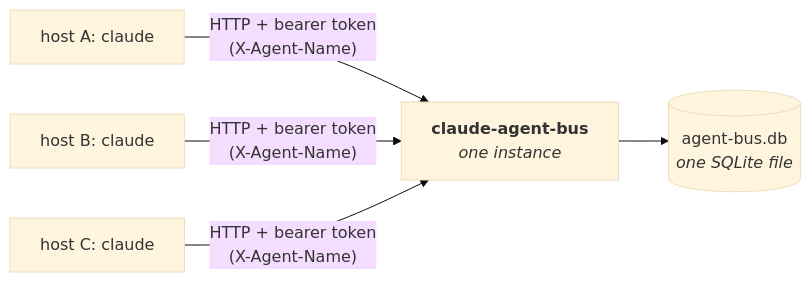
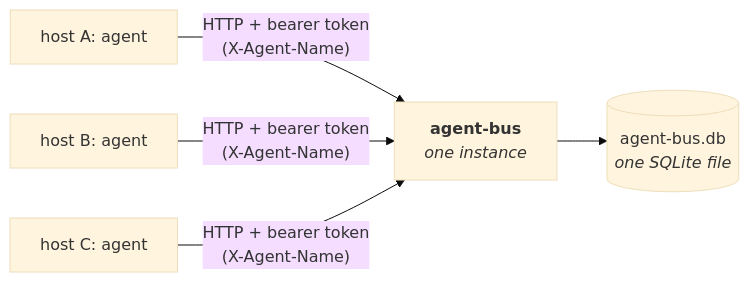
The diagram in README.md (pinax-network/agent-bus), drawn with Mermaid (base theme) before and after one commit. The commit also changed other lines of this file and 7 other files, not shown here.

First line of the commit message:
Rebrand claude-agent-bus → agent-bus; drop Claude-primary framing (#6)

````diff
--- a/README.md
+++ b/README.md
@@ -7,13 +7,13 @@
 ```mermaid
 flowchart LR
-    A["host A: claude"]
-    B["host B: claude"]
-    C["host C: claude"]
-    Bus["<b>claude-agent-bus</b><br/><i>one instance</i>"]
+    A["host A: agent"]
+    B["host B: agent"]
+    C["host C: agent"]
+    Bus["<b>agent-bus</b><br/><i>one instance</i>"]
     DB[("agent-bus.db<br/><i>one SQLite file</i>")]
 
     A -- "HTTP + bearer token<br/>(X-Agent-Name)" --> Bus
     B -- "HTTP + bearer token<br/>(X-Agent-Name)" --> Bus
     C -- "HTTP + bearer token<br/>(X-Agent-Name)" --> Bus
     Bus --> DB
 ```
````
